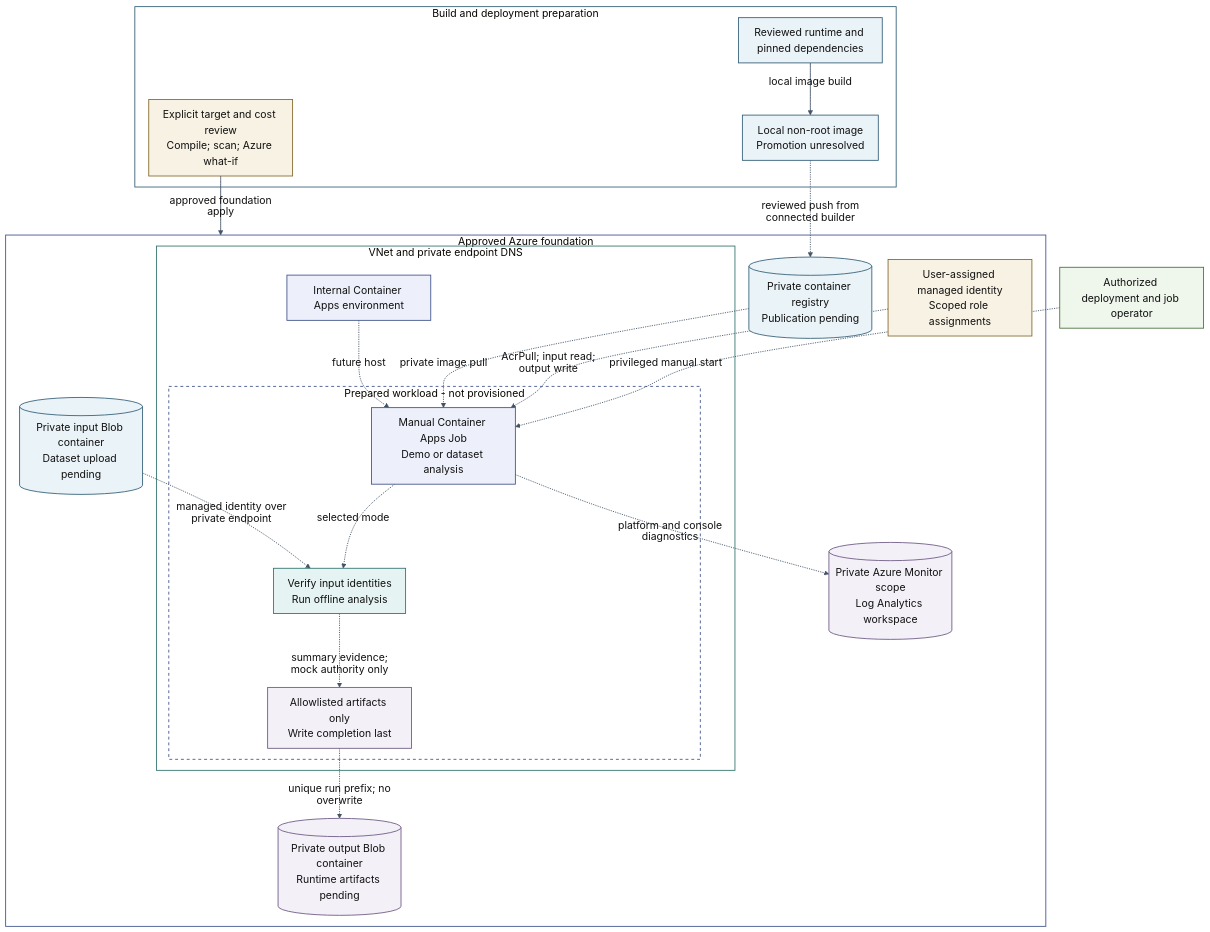
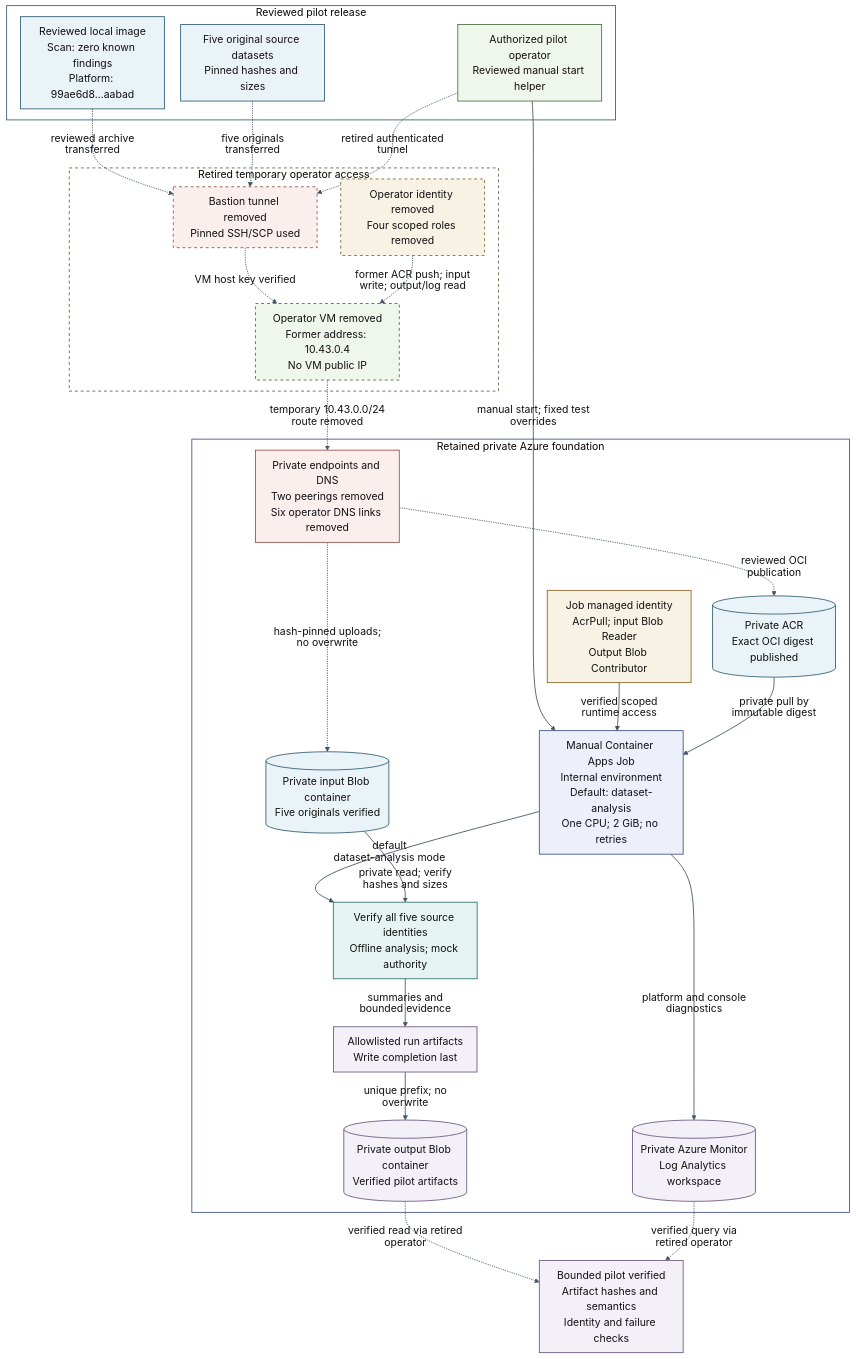
Before and after one commit to Douglas-Moore-Engineering/ai-command-gateway: the fourth of 4 diagrams in docs/architecture/README.md, drawn with Mermaid. The commit also changed other lines of this file and 51 other files, not shown here.

Commit message:
Complete private Azure pilot and retire temporary access

````diff
--- a/docs/architecture/README.md
+++ b/docs/architecture/README.md
@@ -221,58 +227,72 @@
 ```mermaid
-%% Approved foundation scope. Dashed paths and the prepared workload remain pending.
+%% ARCH-004 v0.3. Bounded pilot verified; temporary operator access retired after cleanup.
+%% Solid paths show retained pilot architecture; dashed paths show retired temporary access.
+%% Reviewed platform digest: sha256:99ae6d8dd7962dfc517a09cce6f46b979af78fd0f5c149bf01e0132b4a2aabad
 %%{init: {"theme":"base","look":"classic","themeVariables":{"fontFamily":"Arial, sans-serif","fontSize":"18px","primaryTextColor":"#111111","lineColor":"#425466","background":"transparent","edgeLabelBackground":"transparent","clusterBkg":"transparent"},"flowchart":{"htmlLabels":false,"curve":"basis","nodeSpacing":28,"rankSpacing":38,"padding":12},"themeCSS":"text { font-family:Arial,sans-serif !important; } .cluster-label text { font-size:16px !important; font-weight:600; }"}}%%
 flowchart TB
-  subgraph preparation["Build and deployment preparation"]
-    source["Reviewed runtime and pinned dependencies"]
-    image["Local non-root image<br/>Promotion unresolved"]
-    review["Explicit target and cost review<br/>Compile; scan; Azure what-if"]
+  subgraph local["Reviewed pilot release"]
+    image["Reviewed local image<br/>Scan: zero known findings<br/>Platform: 99ae6d8...aabad"]
+    datasets["Five original source datasets<br/>Pinned hashes and sizes"]
+    operator["Authorized pilot operator<br/>Reviewed manual start helper"]
   end
 
-  subgraph azure["Approved Azure foundation"]
-    registry[("Private container registry<br/>Publication pending")]
-    inputs[("Private input Blob container<br/>Dataset upload pending")]
-    outputs[("Private output Blob container<br/>Runtime artifacts pending")]
-    monitor[("Private Azure Monitor scope<br/>Log Analytics workspace")]
-    identity["User-assigned managed identity<br/>Scoped role assignments"]
-    subgraph vnet["VNet and private endpoint DNS"]
-      environment["Internal Container Apps environment"]
-      subgraph future["Prepared workload - not provisioned"]
-      job["Manual Container Apps Job<br/>Demo or dataset analysis"]
-      verify["Verify input identities<br/>Run offline analysis"]
-      publish["Allowlisted artifacts only<br/>Write completion last"]
-      end
-    end
+  subgraph access["Retired temporary operator access"]
+    bastion["Bastion tunnel removed<br/>Pinned SSH/SCP used"]
+    vm["Operator VM removed<br/>Former address: 10.43.0.4<br/>No VM public IP"]
+    operatorIdentity["Operator identity removed<br/>Four scoped roles removed"]
   end
-  operator["Authorized deployment and job operator"]
 
-  source -->|"local image build"| image
-  image -.->|"reviewed push from connected builder"| registry
-  review -->|"approved foundation apply"| azure
-  operator -.->|"privileged manual start"| job
-  identity -.->|"AcrPull; input read; output write"| job
-  registry -.->|"private image pull"| job
-  job -.->|"selected mode"| verify
-  inputs -.->|"managed identity over private endpoint"| verify
-  verify -.->|"summary evidence; mock authority only"| publish
-  publish -.->|"unique run prefix; no overwrite"| outputs
-  job -.->|"platform and console diagnostics"| monitor
+  subgraph azure["Retained private Azure foundation"]
+    network["Private endpoints and DNS<br/>Two peerings removed<br/>Six operator DNS links removed"]
+    registry[("Private ACR<br/>Exact OCI digest published")]
+    inputs[("Private input Blob container<br/>Five originals verified")]
+    identity["Job managed identity<br/>AcrPull; input Blob Reader<br/>Output Blob Contributor"]
+    job["Manual Container Apps Job<br/>Internal environment<br/>Default: dataset-analysis<br/>One CPU; 2 GiB; no retries"]
+    verify["Verify all five source identities<br/>Offline analysis; mock authority"]
+    publish["Allowlisted run artifacts<br/>Write completion last"]
+    outputs[("Private output Blob container<br/>Verified pilot artifacts")]
+    monitor[("Private Azure Monitor<br/>Log Analytics workspace")]
+  end
+  validation["Bounded pilot verified<br/>Artifact hashes and semantics<br/>Identity and failure checks"]
+
+  image -.->|"reviewed archive transferred"| bastion
+  datasets -.->|"five originals transferred"| bastion
+  operator -.->|"retired authenticated tunnel"| bastion
+  bastion -.->|"VM host key verified"| vm
+  operatorIdentity -.->|"former ACR push; input write; output/log read"| vm
+  vm -.->|"temporary 10.43.0.0/24 route removed"| network
+  network -.->|"reviewed OCI publication"| registry
+  network -.->|"hash-pinned uploads; no overwrite"| inputs
+  operator -->|"manual start; fixed test overrides"| job
+  identity -->|"verified scoped runtime access"| job
+  registry -->|"private pull by immutable digest"| job
+  job -->|"default dataset-analysis mode"| verify
+  inputs -->|"private read; verify hashes and sizes"| verify
+  verify -->|"summaries and bounded evidence"| publish
+  publish -->|"unique prefix; no overwrite"| outputs
+  job -->|"platform and console diagnostics"| monitor
+  outputs -.->|"verified read via retired operator"| validation
+  monitor -.->|"verified query via retired operator"| validation
 
   classDef sourceRole fill:#EAF3F8,stroke:#356079,stroke-width:1.5px,color:#111111
   classDef dataRole fill:#E5F4F2,stroke:#32746E,stroke-width:1.5px,color:#111111
   classDef analysisRole fill:#EDF0FA,stroke:#42558B,stroke-width:1.5px,color:#111111
   classDef policyRole fill:#F8F2E4,stroke:#876A2D,stroke-width:1.5px,color:#111111
   classDef humanRole fill:#EFF6EB,stroke:#4C713E,stroke-width:1.5px,color:#111111
   classDef evidenceRole fill:#F3F0F8,stroke:#6E5B85,stroke-width:1.5px,color:#111111
-  class source,image,registry,inputs sourceRole
+  classDef securityRole fill:#FBEFED,stroke:#9B534C,stroke-width:1.5px,color:#111111
+  class image,datasets,registry,inputs sourceRole
   class verify dataRole
-  class environment,job analysisRole
-  class identity,review policyRole
-  class operator humanRole
-  class publish,outputs,monitor evidenceRole
-  style preparation fill:none,stroke:#356079,stroke-width:1.5px,color:#111111
+  class job analysisRole
+  class identity,operatorIdentity policyRole
+  class operator,vm humanRole
+  class publish,outputs,monitor,validation evidenceRole
+  class bastion,network securityRole
+  style local fill:none,stroke:#356079,stroke-width:1.5px,color:#111111
+  style access fill:none,stroke:#4C713E,stroke-width:1.5px,stroke-dasharray:5 5,color:#111111
   style azure fill:none,stroke:#42558B,stroke-width:1.5px,color:#111111
-  style vnet fill:none,stroke:#32746E,stroke-width:1.5px,color:#111111
-  style future fill:none,stroke:#42558B,stroke-width:1.5px,stroke-dasharray:5 5,color:#111111
-  environment -.->|"future host"| job
+  style bastion stroke-dasharray:5 5
+  style vm stroke-dasharray:5 5
+  style operatorIdentity stroke-dasharray:5 5
   linkStyle default stroke:#425466,stroke-width:1.5px
 ```
````
